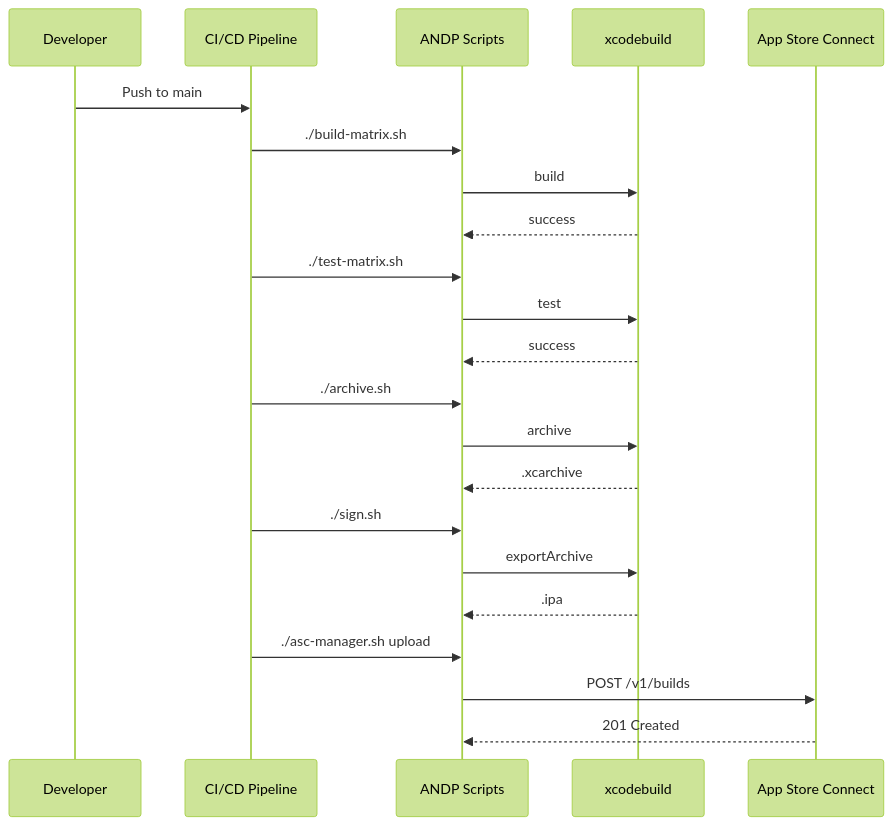
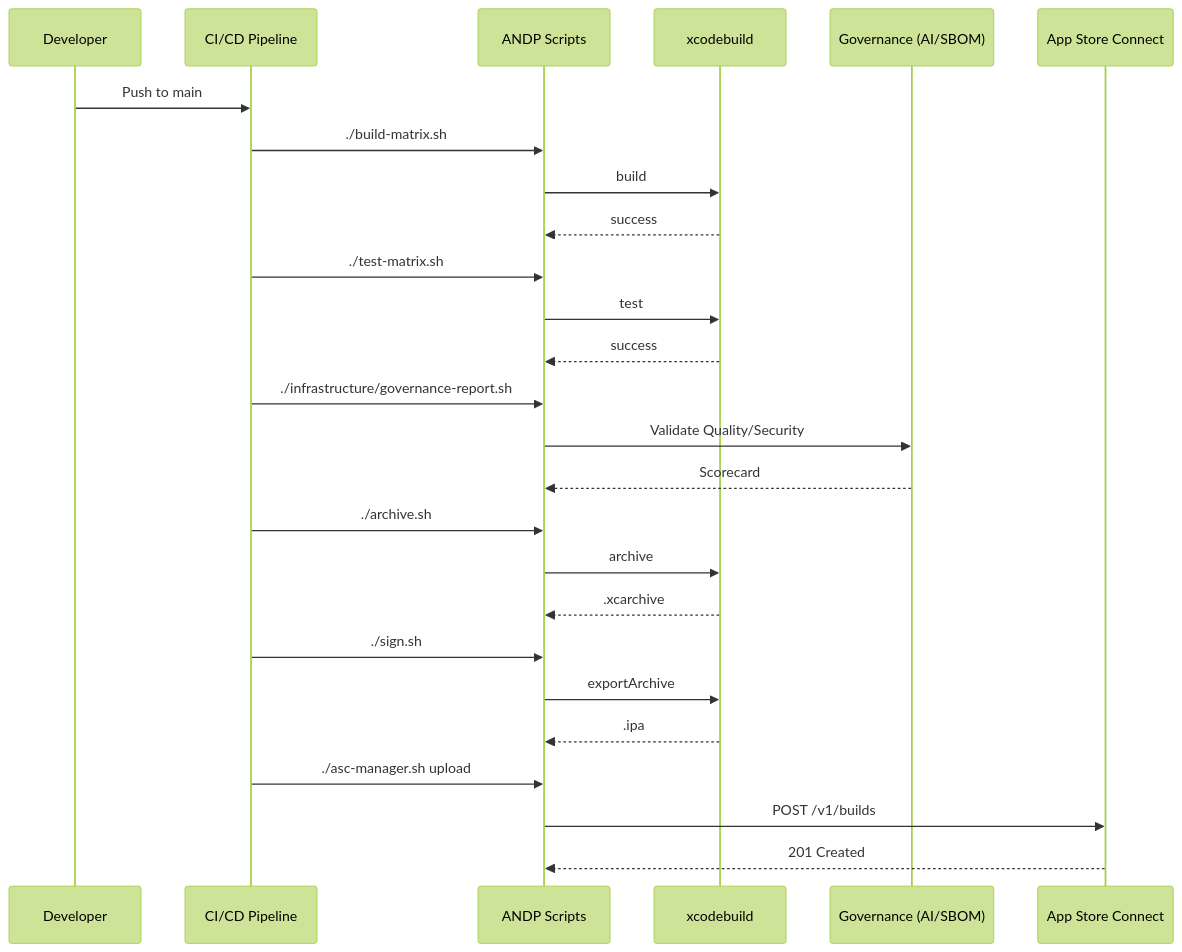
One commit to isopen-io/andp changed the fifth of 7 diagrams in Documentation/Architecture/Diagrams.md. Above: the diagram before and after it, drawn with Mermaid (forest theme). The commit also changed other lines of this file and 17 other files, not shown here.

First line of the commit message:
feat: finalize ANDP Iteration 10 - Enterprise Governance & Multi-Platform Compliance

````diff
--- a/Documentation/Architecture/Diagrams.md
+++ b/Documentation/Architecture/Diagrams.md
@@ -75,25 +77,29 @@
 ```mermaid
 sequenceDiagram
     participant Dev as Developer
     participant CI as CI/CD Pipeline
     participant ANDP as ANDP Scripts
     participant Xcode as xcodebuild
+    participant Gov as Governance (AI/SBOM)
     participant ASC as App Store Connect
 
     Dev->>CI: Push to main
     CI->>ANDP: ./build-matrix.sh
     ANDP->>Xcode: build
     Xcode-->>ANDP: success
     CI->>ANDP: ./test-matrix.sh
     ANDP->>Xcode: test
     Xcode-->>ANDP: success
+    CI->>ANDP: ./infrastructure/governance-report.sh
+    ANDP->>Gov: Validate Quality/Security
+    Gov-->>ANDP: Scorecard
     CI->>ANDP: ./archive.sh
     ANDP->>Xcode: archive
     Xcode-->>ANDP: .xcarchive
     CI->>ANDP: ./sign.sh
     ANDP->>Xcode: exportArchive
     Xcode-->>ANDP: .ipa
     CI->>ANDP: ./asc-manager.sh upload
     ANDP->>ASC: POST /v1/builds
     ASC-->>ANDP: 201 Created
 ```
````
